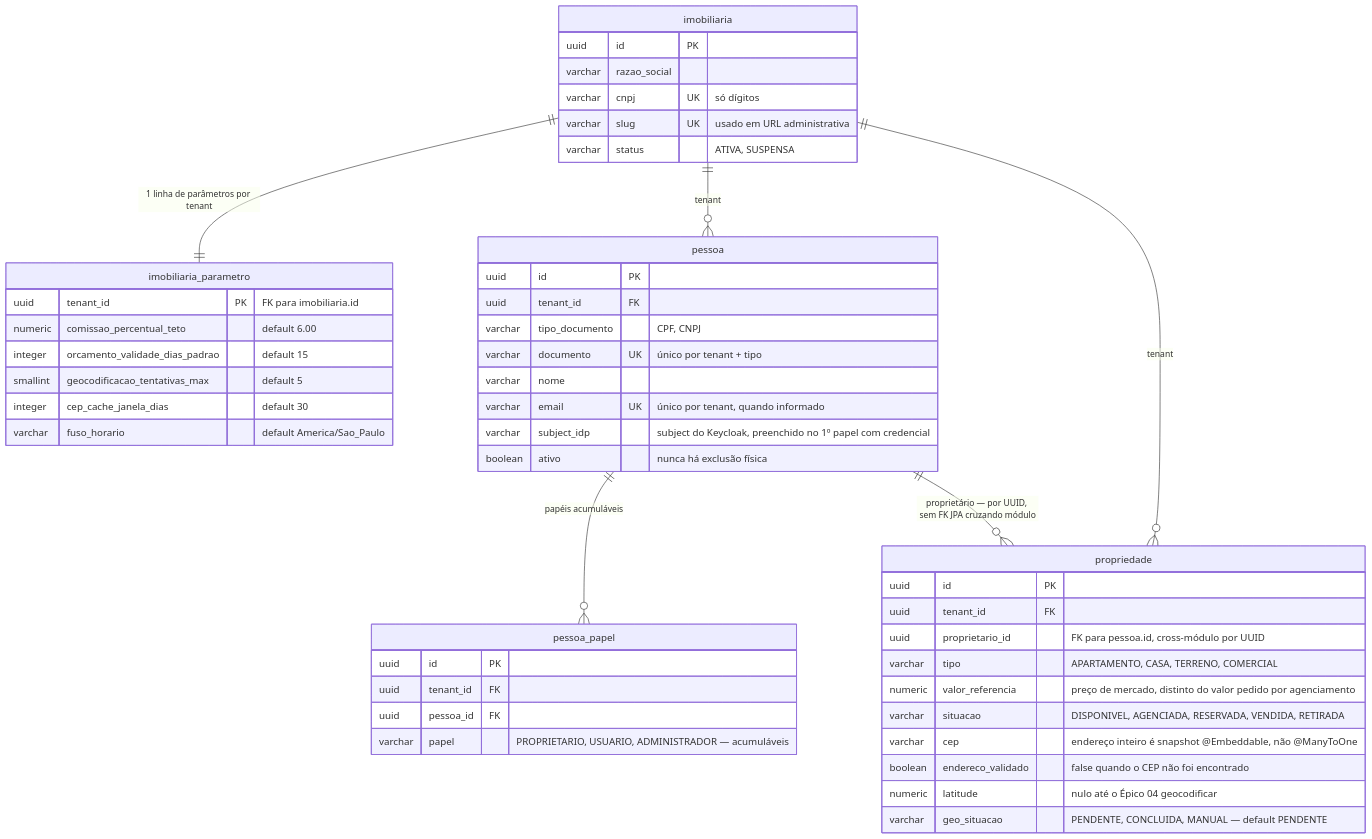
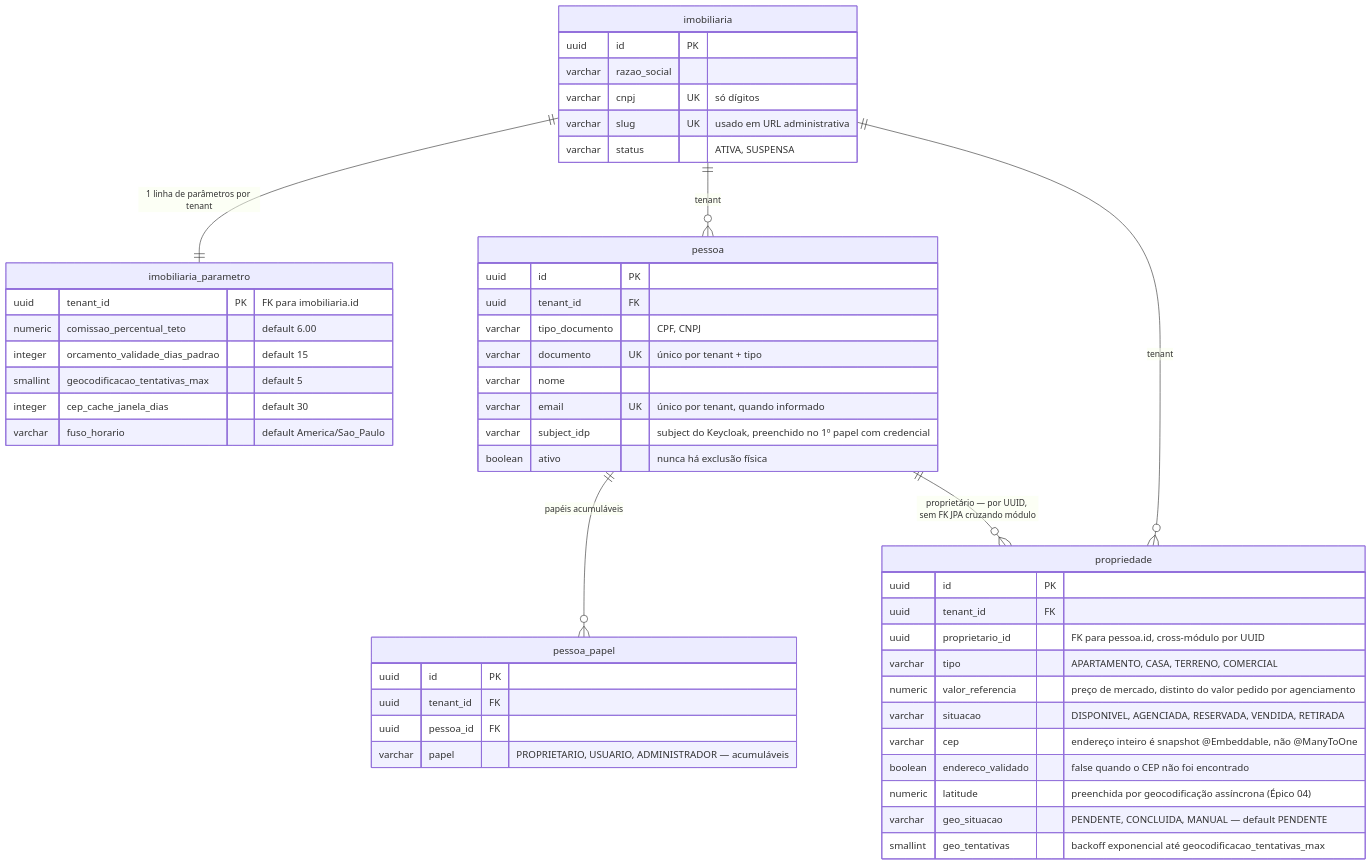
The diagram in README.md (rockgustavo/imoveisbackSaas), drawn with Mermaid before and after one commit. The commit also changed other lines of this file and 40 other files, not shown here.

````diff
--- a/README.md
+++ b/README.md
@@ -169,56 +173,57 @@
 ```mermaid
 erDiagram
     imobiliaria {
         uuid id PK
         varchar razao_social
         varchar cnpj UK "só dígitos"
         varchar slug UK "usado em URL administrativa"
         varchar status "ATIVA, SUSPENSA"
     }
 
     imobiliaria_parametro {
         uuid tenant_id PK "FK para imobiliaria.id"
         numeric comissao_percentual_teto "default 6.00"
         integer orcamento_validade_dias_padrao "default 15"
         smallint geocodificacao_tentativas_max "default 5"
         integer cep_cache_janela_dias "default 30"
         varchar fuso_horario "default America/Sao_Paulo"
     }
 
     pessoa {
         uuid id PK
         uuid tenant_id FK
         varchar tipo_documento "CPF, CNPJ"
         varchar documento UK "único por tenant + tipo"
         varchar nome
         varchar email UK "único por tenant, quando informado"
         varchar subject_idp "subject do Keycloak, preenchido no 1º papel com credencial"
         boolean ativo "nunca há exclusão física"
     }
 
     pessoa_papel {
         uuid id PK
         uuid tenant_id FK
         uuid pessoa_id FK
         varchar papel "PROPRIETARIO, USUARIO, ADMINISTRADOR — acumuláveis"
     }
 
     propriedade {
         uuid id PK
         uuid tenant_id FK
         uuid proprietario_id "FK para pessoa.id, cross-módulo por UUID"
         varchar tipo "APARTAMENTO, CASA, TERRENO, COMERCIAL"
         numeric valor_referencia "preço de mercado, distinto do valor pedido por agenciamento"
         varchar situacao "DISPONIVEL, AGENCIADA, RESERVADA, VENDIDA, RETIRADA"
         varchar cep "endereço inteiro é snapshot @Embeddable, não @ManyToOne"
         boolean endereco_validado "false quando o CEP não foi encontrado"
-        numeric latitude "nulo até o Épico 04 geocodificar"
+        numeric latitude "preenchida por geocodificação assíncrona (Épico 04)"
         varchar geo_situacao "PENDENTE, CONCLUIDA, MANUAL — default PENDENTE"
+        smallint geo_tentativas "backoff exponencial até geocodificacao_tentativas_max"
     }
 
     imobiliaria ||--|| imobiliaria_parametro : "1 linha de parâmetros por tenant"
     imobiliaria ||--o{ pessoa : "tenant"
     imobiliaria ||--o{ propriedade : "tenant"
     pessoa ||--o{ pessoa_papel : "papéis acumuláveis"
     pessoa ||--o{ propriedade : "proprietário — por UUID, sem FK JPA cruzando módulo"
 ```
````
